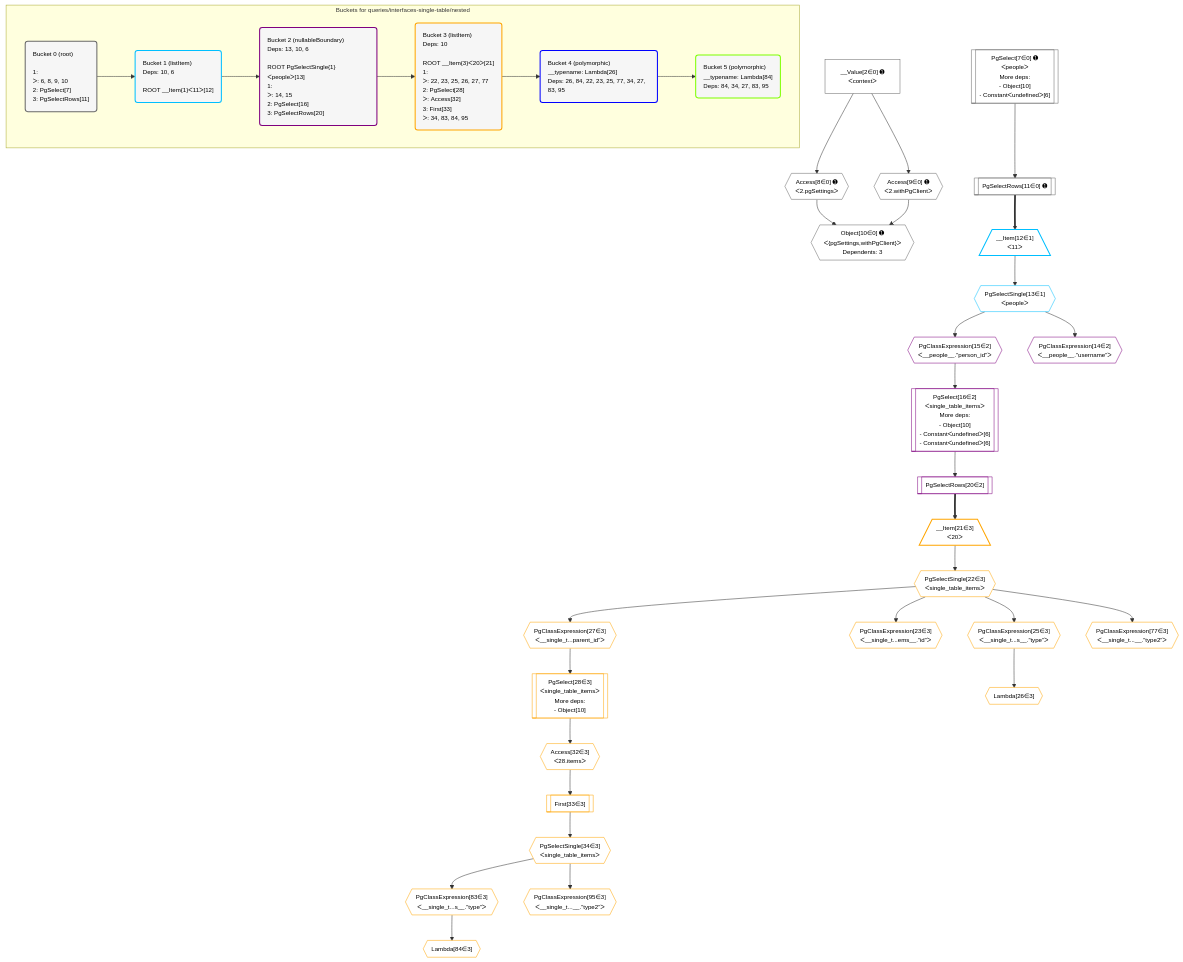
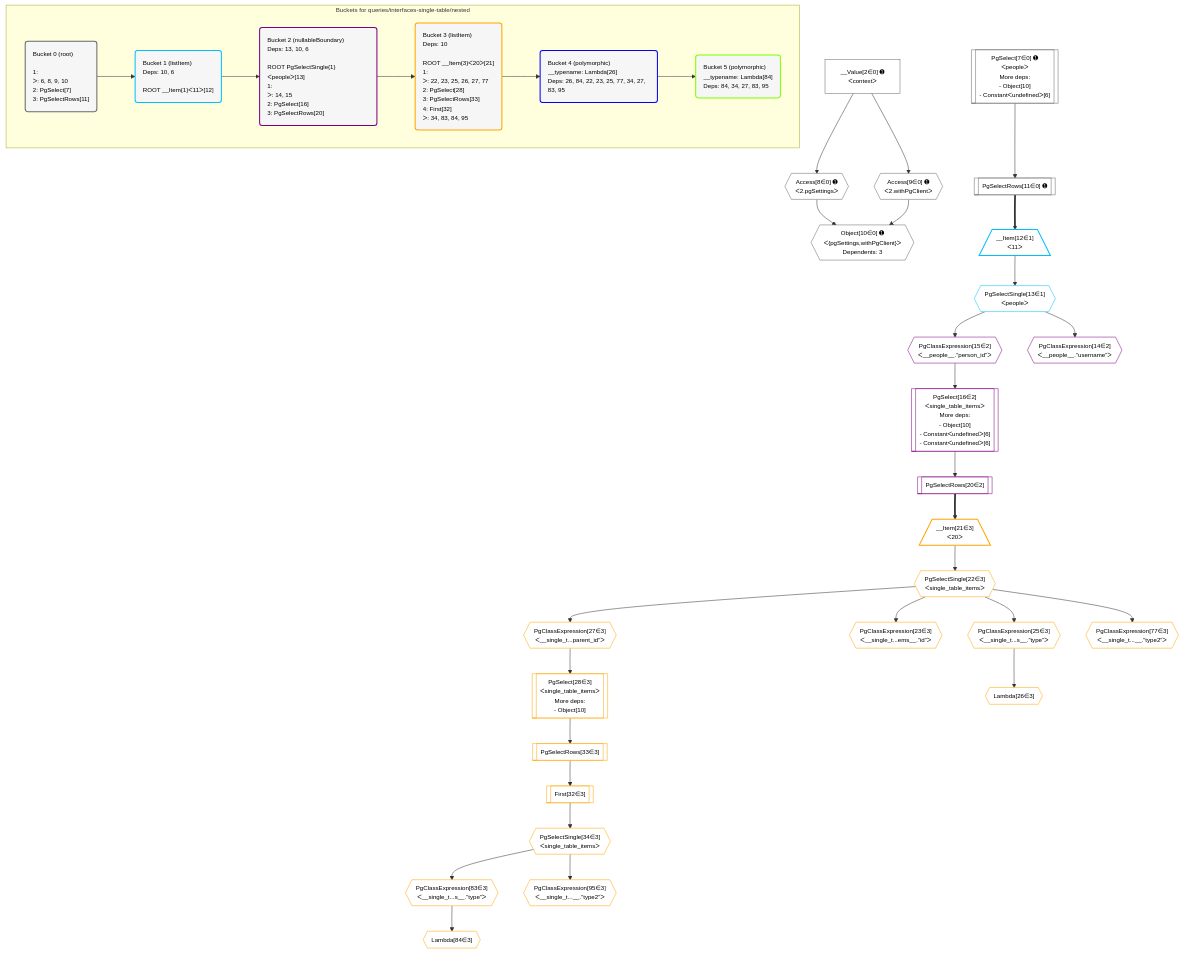
Before and after one commit to graphile/crystal: the diagram in grafast/dataplan-pg/__tests__/queries/interfaces-single-table/nested.deopt.mermaid, drawn with Mermaid. The commit also changed 300 other files, not shown here.

Commit message:
Update plan diagrams

```diff
--- a/grafast/dataplan-pg/__tests__/queries/interfaces-single-table/nested.deopt.mermaid
+++ b/grafast/dataplan-pg/__tests__/queries/interfaces-single-table/nested.deopt.mermaid
@@ -1,88 +1,88 @@
 %%{init: {'themeVariables': { 'fontSize': '12px'}}}%%
 graph TD
     classDef path fill:#eee,stroke:#000,color:#000
     classDef plan fill:#fff,stroke-width:1px,color:#000
     classDef itemplan fill:#fff,stroke-width:2px,color:#000
     classDef unbatchedplan fill:#dff,stroke-width:1px,color:#000
     classDef sideeffectplan fill:#fcc,stroke-width:2px,color:#000
     classDef bucket fill:#f6f6f6,color:#000,stroke-width:2px,text-align:left
 
     subgraph "Buckets for queries/interfaces-single-table/nested"
     Bucket0("Bucket 0 (root)<br /><br />1: <br />ᐳ: 6, 8, 9, 10<br />2: PgSelect[7]<br />3: PgSelectRows[11]"):::bucket
     Bucket1("Bucket 1 (listItem)<br />Deps: 10, 6<br /><br />ROOT __Item{1}ᐸ11ᐳ[12]"):::bucket
     Bucket2("Bucket 2 (nullableBoundary)<br />Deps: 13, 10, 6<br /><br />ROOT PgSelectSingle{1}ᐸpeopleᐳ[13]<br />1: <br />ᐳ: 14, 15<br />2: PgSelect[16]<br />3: PgSelectRows[20]"):::bucket
-    Bucket3("Bucket 3 (listItem)<br />Deps: 10<br /><br />ROOT __Item{3}ᐸ20ᐳ[21]<br />1: <br />ᐳ: 22, 23, 25, 26, 27, 77<br />2: PgSelect[28]<br />ᐳ: Access[32]<br />3: First[33]<br />ᐳ: 34, 83, 84, 95"):::bucket
+    Bucket3("Bucket 3 (listItem)<br />Deps: 10<br /><br />ROOT __Item{3}ᐸ20ᐳ[21]<br />1: <br />ᐳ: 22, 23, 25, 26, 27, 77<br />2: PgSelect[28]<br />3: PgSelectRows[33]<br />4: First[32]<br />ᐳ: 34, 83, 84, 95"):::bucket
     Bucket4("Bucket 4 (polymorphic)<br />__typename: Lambda[26]<br />Deps: 26, 84, 22, 23, 25, 77, 34, 27, 83, 95"):::bucket
     Bucket5("Bucket 5 (polymorphic)<br />__typename: Lambda[84]<br />Deps: 84, 34, 27, 83, 95"):::bucket
     end
     Bucket0 --> Bucket1
     Bucket1 --> Bucket2
     Bucket2 --> Bucket3
     Bucket3 --> Bucket4
     Bucket4 --> Bucket5
 
     %% plan dependencies
     PgSelect7[["PgSelect[7∈0] ➊<br />ᐸpeopleᐳ<br />More deps:<br />- Object[10]<br />- Constantᐸundefinedᐳ[6]"]]:::plan
     Object10{{"Object[10∈0] ➊<br />ᐸ{pgSettings,withPgClient}ᐳ<br />Dependents: 3"}}:::plan
     Access8{{"Access[8∈0] ➊<br />ᐸ2.pgSettingsᐳ"}}:::plan
     Access9{{"Access[9∈0] ➊<br />ᐸ2.withPgClientᐳ"}}:::plan
     Access8 & Access9 --> Object10
     __Value2["__Value[2∈0] ➊<br />ᐸcontextᐳ"]:::plan
     __Value2 --> Access8
     __Value2 --> Access9
     PgSelectRows11[["PgSelectRows[11∈0] ➊"]]:::plan
     PgSelect7 --> PgSelectRows11
     __Item12[/"__Item[12∈1]<br />ᐸ11ᐳ"\]:::itemplan
     PgSelectRows11 ==> __Item12
     PgSelectSingle13{{"PgSelectSingle[13∈1]<br />ᐸpeopleᐳ"}}:::plan
     __Item12 --> PgSelectSingle13
     PgSelect16[["PgSelect[16∈2]<br />ᐸsingle_table_itemsᐳ<br />More deps:<br />- Object[10]<br />- Constantᐸundefinedᐳ[6]<br />- Constantᐸundefinedᐳ[6]"]]:::plan
     PgClassExpression15{{"PgClassExpression[15∈2]<br />ᐸ__people__.”person_id”ᐳ"}}:::plan
     PgClassExpression15 --> PgSelect16
     PgClassExpression14{{"PgClassExpression[14∈2]<br />ᐸ__people__.”username”ᐳ"}}:::plan
     PgSelectSingle13 --> PgClassExpression14
     PgSelectSingle13 --> PgClassExpression15
     PgSelectRows20[["PgSelectRows[20∈2]"]]:::plan
     PgSelect16 --> PgSelectRows20
     PgSelect28[["PgSelect[28∈3]<br />ᐸsingle_table_itemsᐳ<br />More deps:<br />- Object[10]"]]:::plan
     PgClassExpression27{{"PgClassExpression[27∈3]<br />ᐸ__single_t...parent_id”ᐳ"}}:::plan
     PgClassExpression27 --> PgSelect28
     __Item21[/"__Item[21∈3]<br />ᐸ20ᐳ"\]:::itemplan
     PgSelectRows20 ==> __Item21
     PgSelectSingle22{{"PgSelectSingle[22∈3]<br />ᐸsingle_table_itemsᐳ"}}:::plan
     __Item21 --> PgSelectSingle22
     PgClassExpression23{{"PgClassExpression[23∈3]<br />ᐸ__single_t...ems__.”id”ᐳ"}}:::plan
     PgSelectSingle22 --> PgClassExpression23
     PgClassExpression25{{"PgClassExpression[25∈3]<br />ᐸ__single_t...s__.”type”ᐳ"}}:::plan
     PgSelectSingle22 --> PgClassExpression25
     Lambda26{{"Lambda[26∈3]"}}:::plan
     PgClassExpression25 --> Lambda26
     PgSelectSingle22 --> PgClassExpression27
-    Access32{{"Access[32∈3]<br />ᐸ28.itemsᐳ"}}:::plan
-    PgSelect28 --> Access32
-    First33[["First[33∈3]"]]:::plan
-    Access32 --> First33
+    First32[["First[32∈3]"]]:::plan
+    PgSelectRows33[["PgSelectRows[33∈3]"]]:::plan
+    PgSelectRows33 --> First32
+    PgSelect28 --> PgSelectRows33
     PgSelectSingle34{{"PgSelectSingle[34∈3]<br />ᐸsingle_table_itemsᐳ"}}:::plan
-    First33 --> PgSelectSingle34
+    First32 --> PgSelectSingle34
     PgClassExpression77{{"PgClassExpression[77∈3]<br />ᐸ__single_t...__.”type2”ᐳ"}}:::plan
     PgSelectSingle22 --> PgClassExpression77
     PgClassExpression83{{"PgClassExpression[83∈3]<br />ᐸ__single_t...s__.”type”ᐳ"}}:::plan
     PgSelectSingle34 --> PgClassExpression83
     Lambda84{{"Lambda[84∈3]"}}:::plan
     PgClassExpression83 --> Lambda84
     PgClassExpression95{{"PgClassExpression[95∈3]<br />ᐸ__single_t...__.”type2”ᐳ"}}:::plan
     PgSelectSingle34 --> PgClassExpression95
 
     %% define steps
     classDef bucket0 stroke:#696969
     class Bucket0,__Value2,PgSelect7,Access8,Access9,Object10,PgSelectRows11 bucket0
     classDef bucket1 stroke:#00bfff
     class Bucket1,__Item12,PgSelectSingle13 bucket1
     classDef bucket2 stroke:#7f007f
     class Bucket2,PgClassExpression14,PgClassExpression15,PgSelect16,PgSelectRows20 bucket2
     classDef bucket3 stroke:#ffa500
-    class Bucket3,__Item21,PgSelectSingle22,PgClassExpression23,PgClassExpression25,Lambda26,PgClassExpression27,PgSelect28,Access32,First33,PgSelectSingle34,PgClassExpression77,PgClassExpression83,Lambda84,PgClassExpression95 bucket3
+    class Bucket3,__Item21,PgSelectSingle22,PgClassExpression23,PgClassExpression25,Lambda26,PgClassExpression27,PgSelect28,First32,PgSelectRows33,PgSelectSingle34,PgClassExpression77,PgClassExpression83,Lambda84,PgClassExpression95 bucket3
     classDef bucket4 stroke:#0000ff
     class Bucket4 bucket4
     classDef bucket5 stroke:#7fff00
     class Bucket5 bucket5
```
